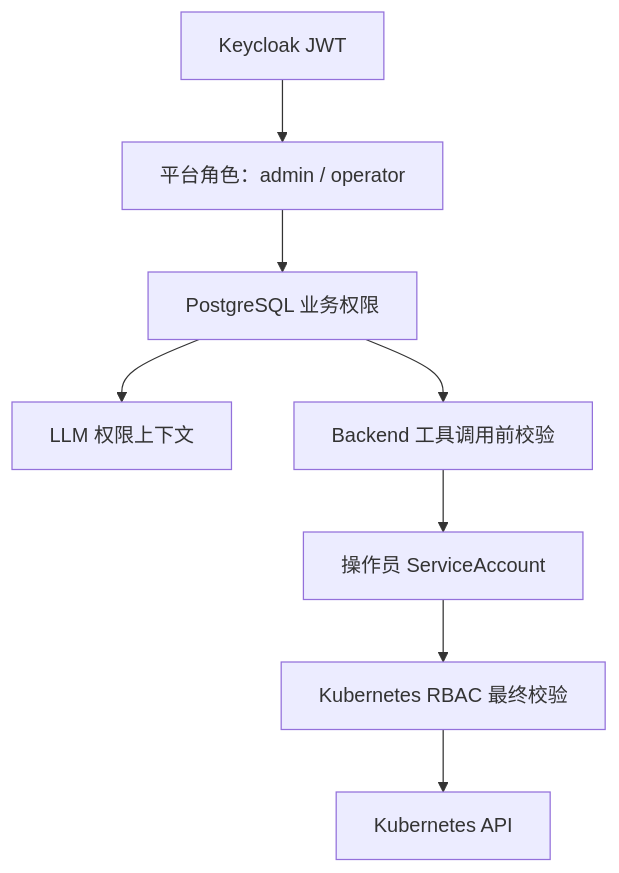
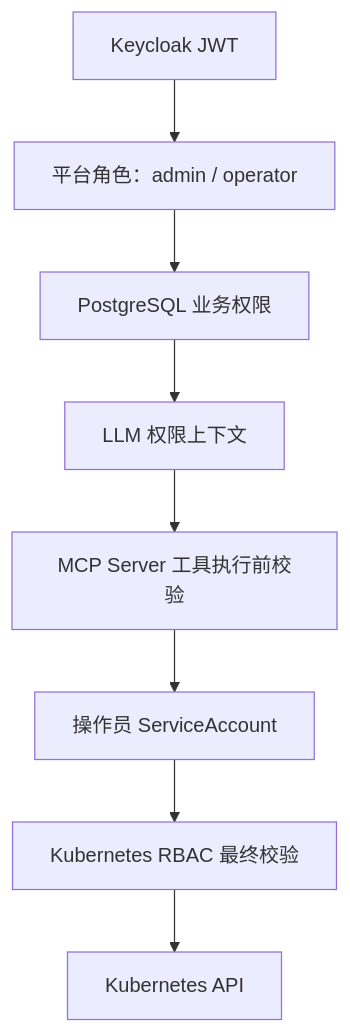
Before and after one commit to ZhaoXiangHeng/k8s-agent: the first of 3 diagrams in docs/architecture/permission-model.md, drawn with Mermaid. The commit also changed other lines of this file and 128 other files, not shown here.

````diff
--- a/docs/architecture/permission-model.md
+++ b/docs/architecture/permission-model.md
@@ -17,10 +17,10 @@
 ```mermaid
 flowchart TD
   JWT["Keycloak JWT"] --> Role["平台角色：admin / operator"]
   Role --> DBPerm["PostgreSQL 业务权限"]
   DBPerm --> Prompt["LLM 权限上下文"]
-  DBPerm --> PreCheck["Backend 工具调用前校验"]
-  PreCheck --> SA["操作员 ServiceAccount"]
+  Prompt --> MCPCheck["MCP Server 工具执行前校验"]
+  MCPCheck --> SA["操作员 ServiceAccount"]
   SA --> K8SRBAC["Kubernetes RBAC 最终校验"]
   K8SRBAC --> K8S["Kubernetes API"]
 ```
````
